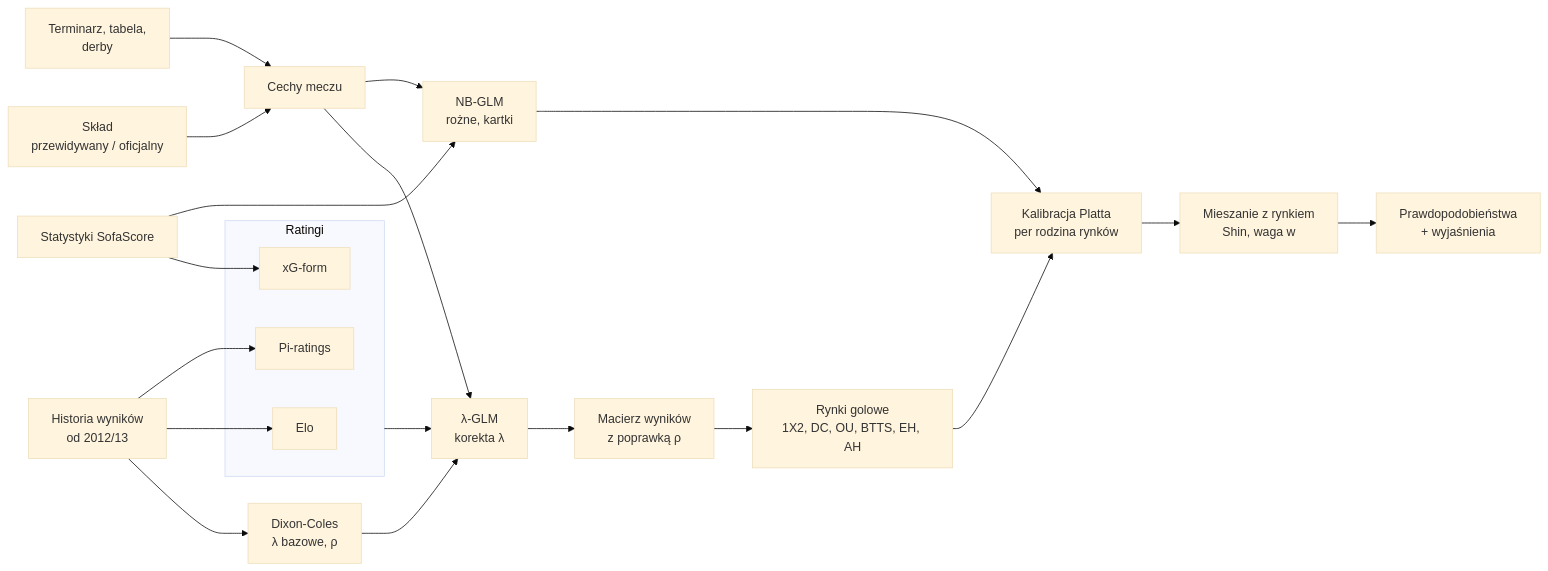
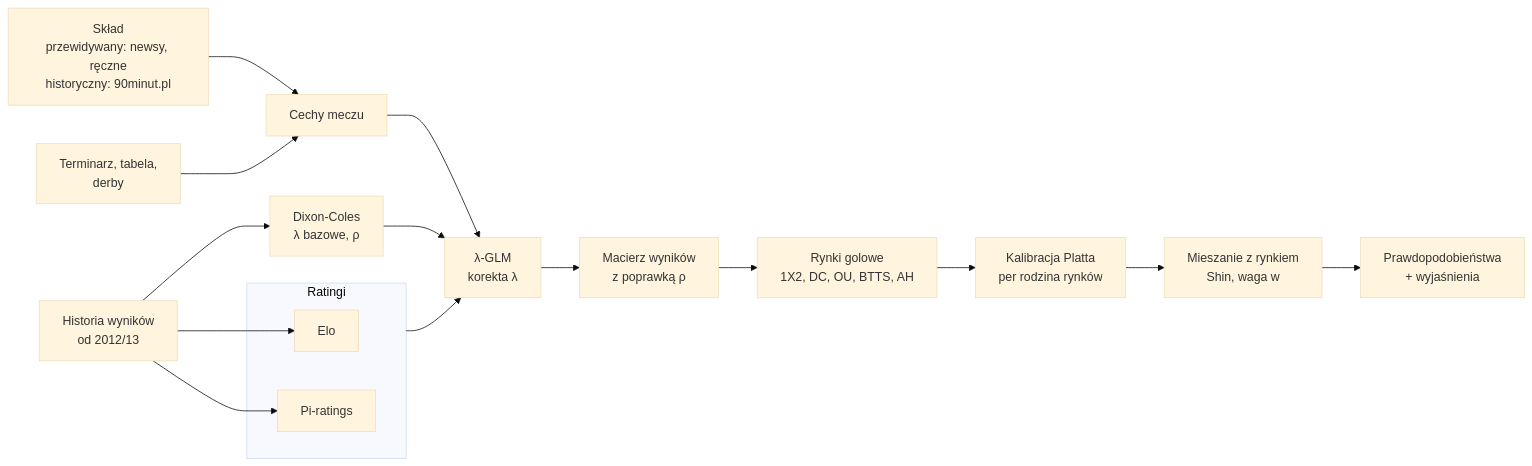
The diagram in docs/04-model-predykcyjny.md (Tomek586/typer-ai), drawn with Mermaid (base theme) before and after one commit. The commit also changed other lines of this file and 13 other files, not shown here.

````diff
--- a/docs/04-model-predykcyjny.md
+++ b/docs/04-model-predykcyjny.md
@@ -7,23 +7,19 @@
 ```mermaid
 flowchart LR
     subgraph R[Ratingi]
         ELO[Elo]
         PI[Pi-ratings]
-        XG[xG-form]
     end
     H[Historia wyników<br/>od 2012/13] --> DC[Dixon-Coles<br/>λ bazowe, ρ]
     H --> ELO & PI
-    S[Statystyki SofaScore] --> XG
-    LU[Skład<br/>przewidywany / oficjalny] --> F[Cechy meczu]
+    LU[Skład<br/>przewidywany: newsy, ręczne<br/>historyczny: 90minut.pl] --> F[Cechy meczu]
     FX[Terminarz, tabela,<br/>derby] --> F
     DC --> GLM[λ-GLM<br/>korekta λ]
     R --> GLM
     F --> GLM
     GLM --> MAT[Macierz wyników<br/>z poprawką ρ]
-    MAT --> MK[Rynki golowe<br/>1X2, DC, OU, BTTS, EH, AH]
-    S --> NB[NB-GLM<br/>rożne, kartki]
-    F --> NB
-    MK & NB --> CAL[Kalibracja Platta<br/>per rodzina rynków]
+    MAT --> MK[Rynki golowe<br/>1X2, DC, OU, BTTS, AH]
+    MK --> CAL[Kalibracja Platta<br/>per rodzina rynków]
     CAL --> BL[Mieszanie z rynkiem<br/>Shin, waga w]
     BL --> OUT[Prawdopodobieństwa<br/>+ wyjaśnienia]
 ```
````
